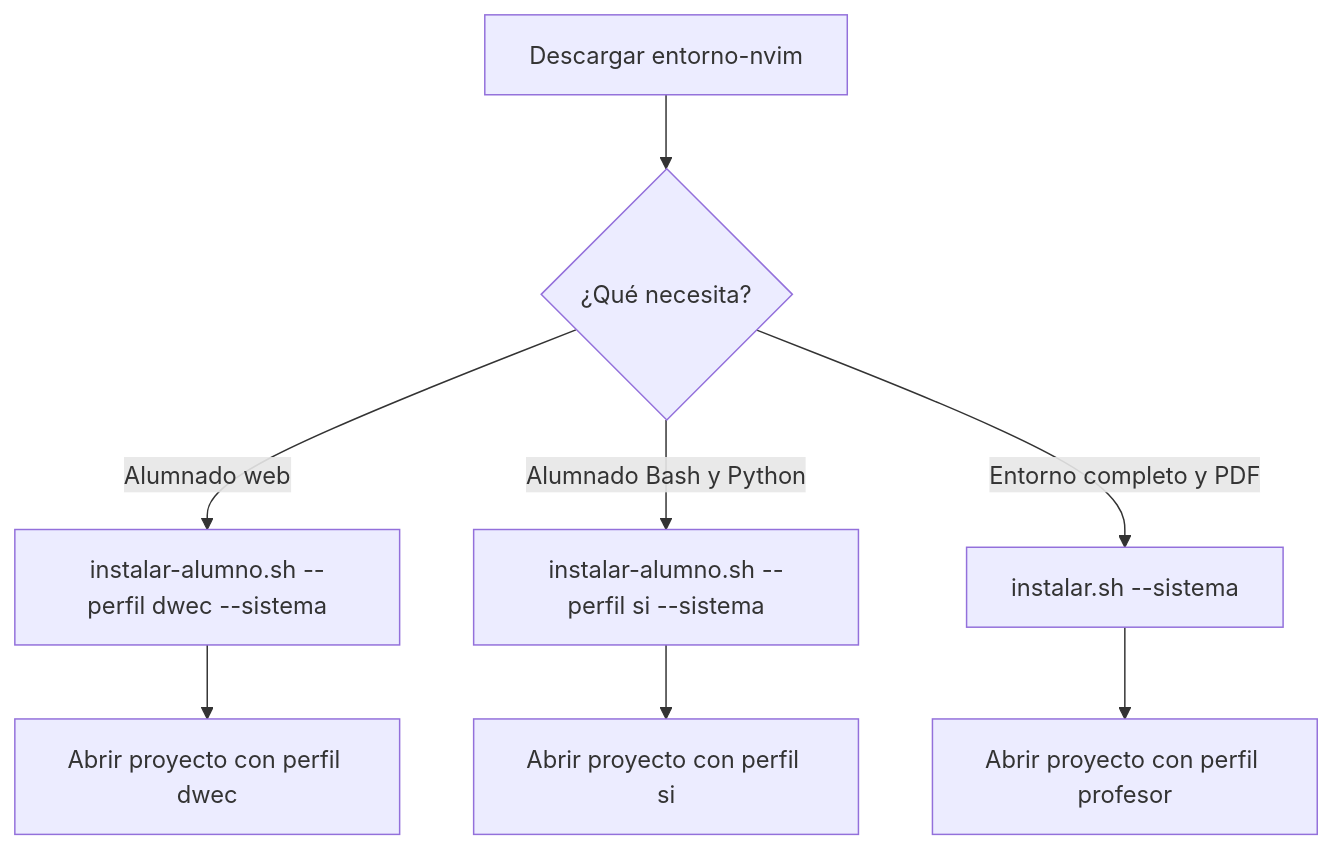
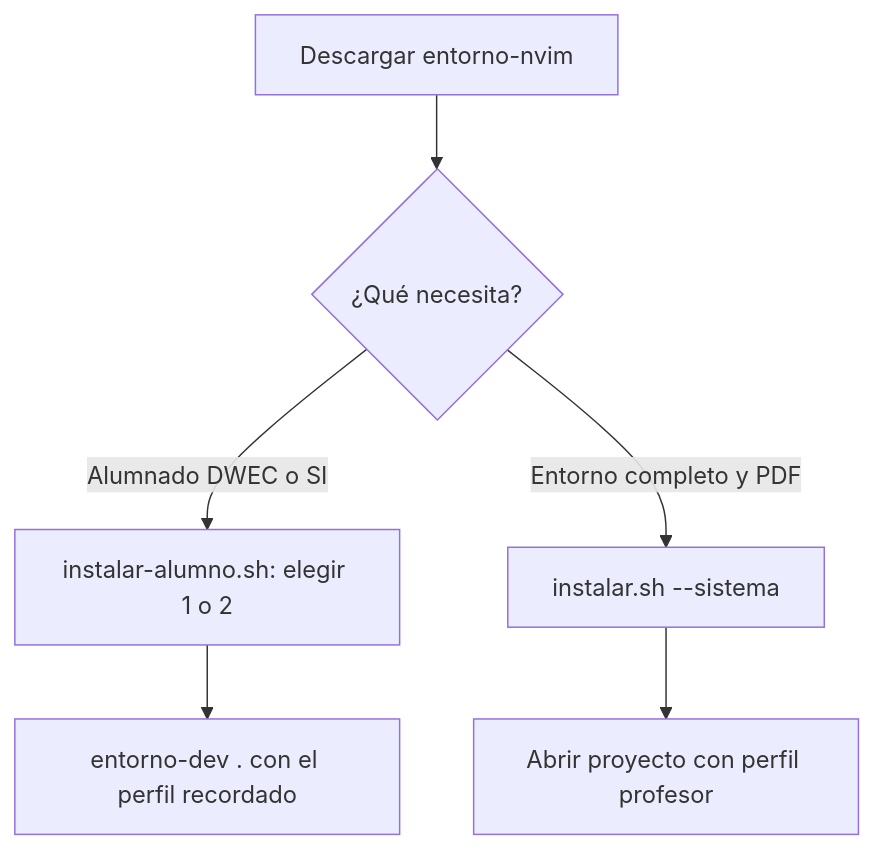
One commit to isaiasfl/entorno-nvim changed the diagram in README.md. Above: the diagram before and after it, drawn with Mermaid. The commit also changed other lines of this file and 10 other files, not shown here.

````diff
--- a/README.md
+++ b/README.md
@@ -50,10 +50,8 @@
 ```mermaid
 flowchart TD
     A[Descargar entorno-nvim] --> B{¿Qué necesita?}
-    B -->|Alumnado web| C[instalar-alumno.sh --perfil dwec --sistema]
-    B -->|Alumnado Bash y Python| D[instalar-alumno.sh --perfil si --sistema]
+    B -->|Alumnado DWEC o SI| C[instalar-alumno.sh: elegir 1 o 2]
     B -->|Entorno completo y PDF| E[instalar.sh --sistema]
-    C --> F[Abrir proyecto con perfil dwec]
-    D --> G[Abrir proyecto con perfil si]
+    C --> F[entorno-dev . con el perfil recordado]
     E --> H[Abrir proyecto con perfil profesor]
 ```
````
